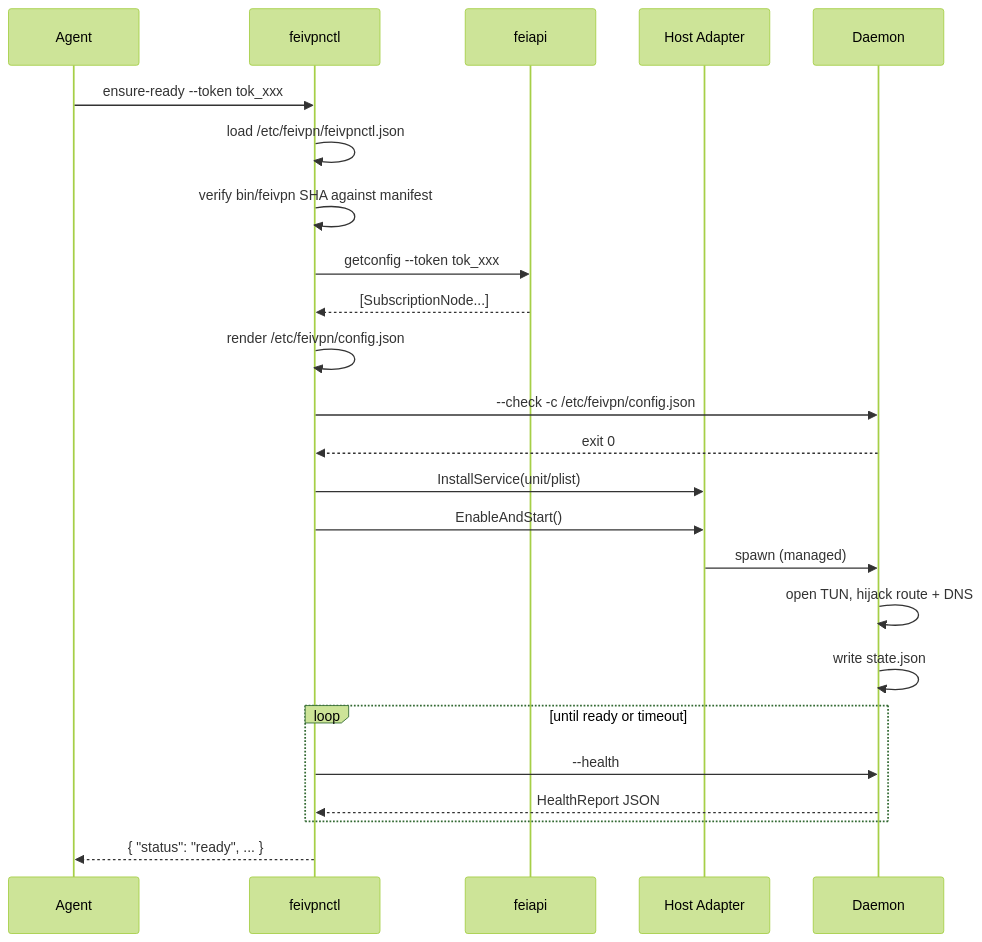
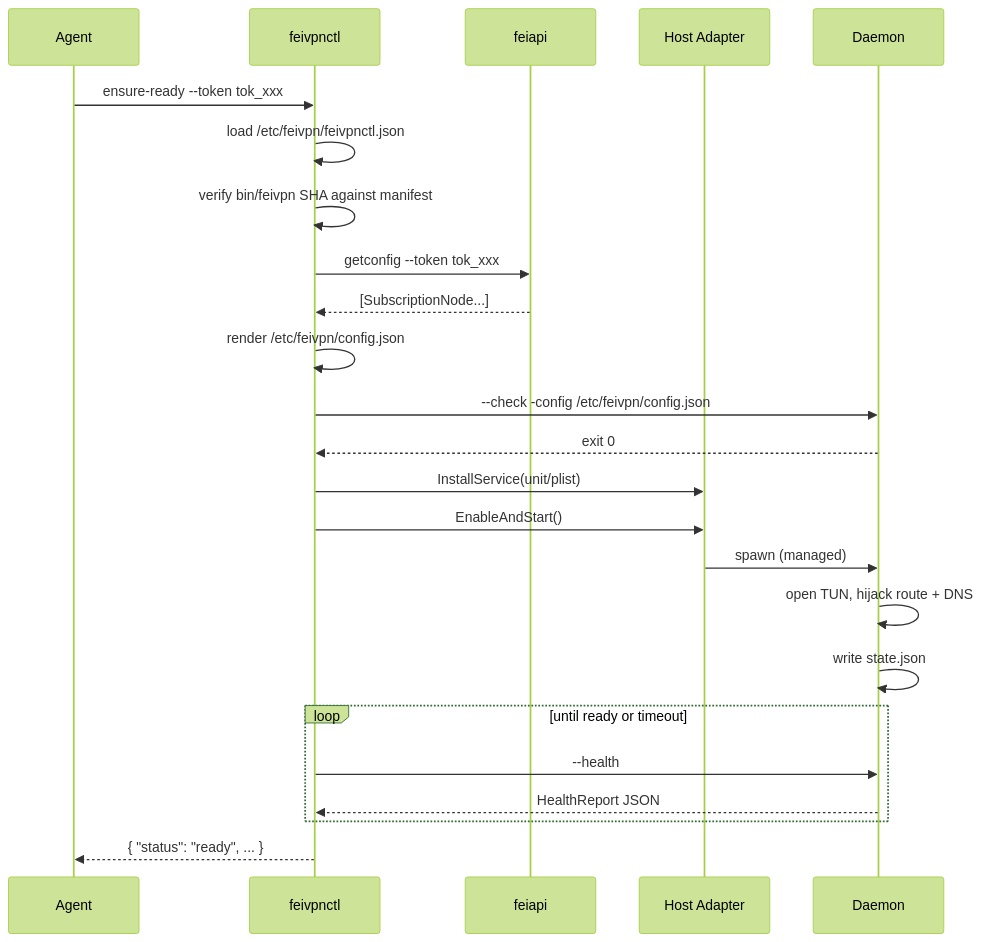
One commit to feivpn/feivpn-runtime changed the diagram in docs/architecture.md. Above: the diagram before and after it, drawn with Mermaid (forest theme). The commit also changed 7 other files, not shown here.

````diff
--- a/docs/architecture.md
+++ b/docs/architecture.md
@@ -63,27 +63,27 @@
 ```mermaid
 sequenceDiagram
   participant Agent
   participant feivpnctl
   participant feiapi
   participant Adapter as Host Adapter
   participant feivpn as Daemon
 
   Agent->>feivpnctl: ensure-ready --token tok_xxx
   feivpnctl->>feivpnctl: load /etc/feivpn/feivpnctl.json
   feivpnctl->>feivpnctl: verify bin/feivpn SHA against manifest
   feivpnctl->>feiapi: getconfig --token tok_xxx
   feiapi-->>feivpnctl: [SubscriptionNode...]
   feivpnctl->>feivpnctl: render /etc/feivpn/config.json
-  feivpnctl->>feivpn: --check -c /etc/feivpn/config.json
+  feivpnctl->>feivpn: --check -config /etc/feivpn/config.json
   feivpn-->>feivpnctl: exit 0
   feivpnctl->>Adapter: InstallService(unit/plist)
   feivpnctl->>Adapter: EnableAndStart()
   Adapter->>feivpn: spawn (managed)
   feivpn->>feivpn: open TUN, hijack route + DNS
   feivpn->>feivpn: write state.json
   loop until ready or timeout
     feivpnctl->>feivpn: --health
     feivpn-->>feivpnctl: HealthReport JSON
   end
   feivpnctl-->>Agent: { "status": "ready", ... }
 ```
````
